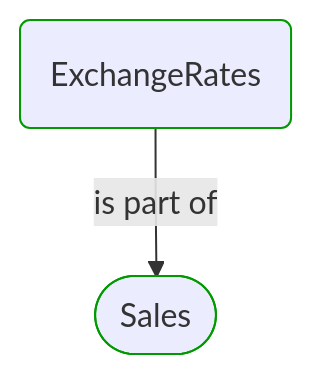
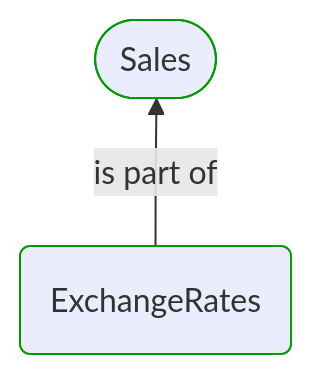
One commit to itlibrium/DDD-starter-dotnet changed the first of 5 diagrams in Docs/P3/MermaidOutput/Modules/Sales/ExchangeRates/ExchangeRates.md. Above: the diagram before and after it, drawn with Mermaid. The commit also changed other lines of this file and 174 other files, not shown here.

````diff
--- a/Docs/P3/MermaidOutput/Modules/Sales/ExchangeRates/ExchangeRates.md
+++ b/Docs/P3/MermaidOutput/Modules/Sales/ExchangeRates/ExchangeRates.md
@@ -20,11 +20,14 @@
 ```mermaid
   flowchart TB
-    0(ExchangeRates)
+    0([Sales])
     class 0 DomainPerspective
-    1([Sales])
+    1(ExchangeRates)
     class 1 DomainPerspective
-    0-->|is part of|1
+    0---1
+    1-->|is part of|0
+    1---0
+    linkStyle 0,2 stroke:none
     classDef DomainPerspective stroke:#009900
     classDef TechnologyPerspective stroke:#1F41EB
     classDef PeoplePerspective stroke:#FFF014
 ```
````
